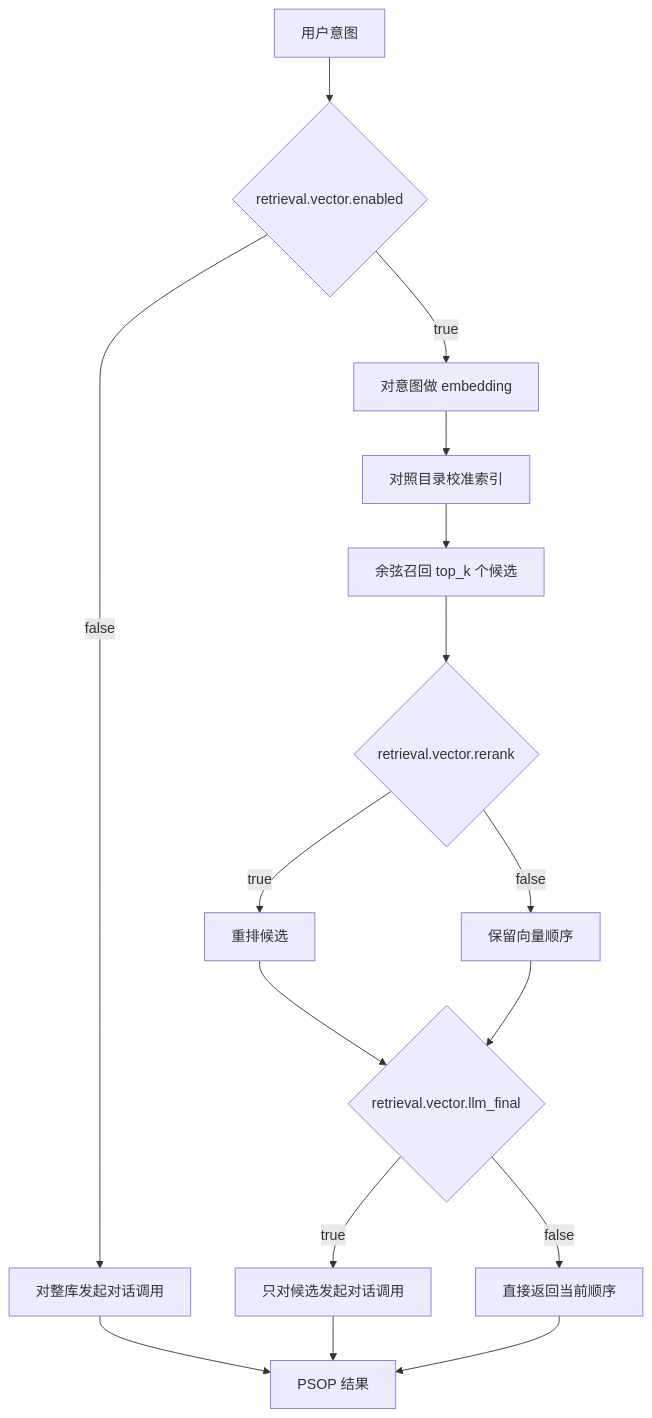
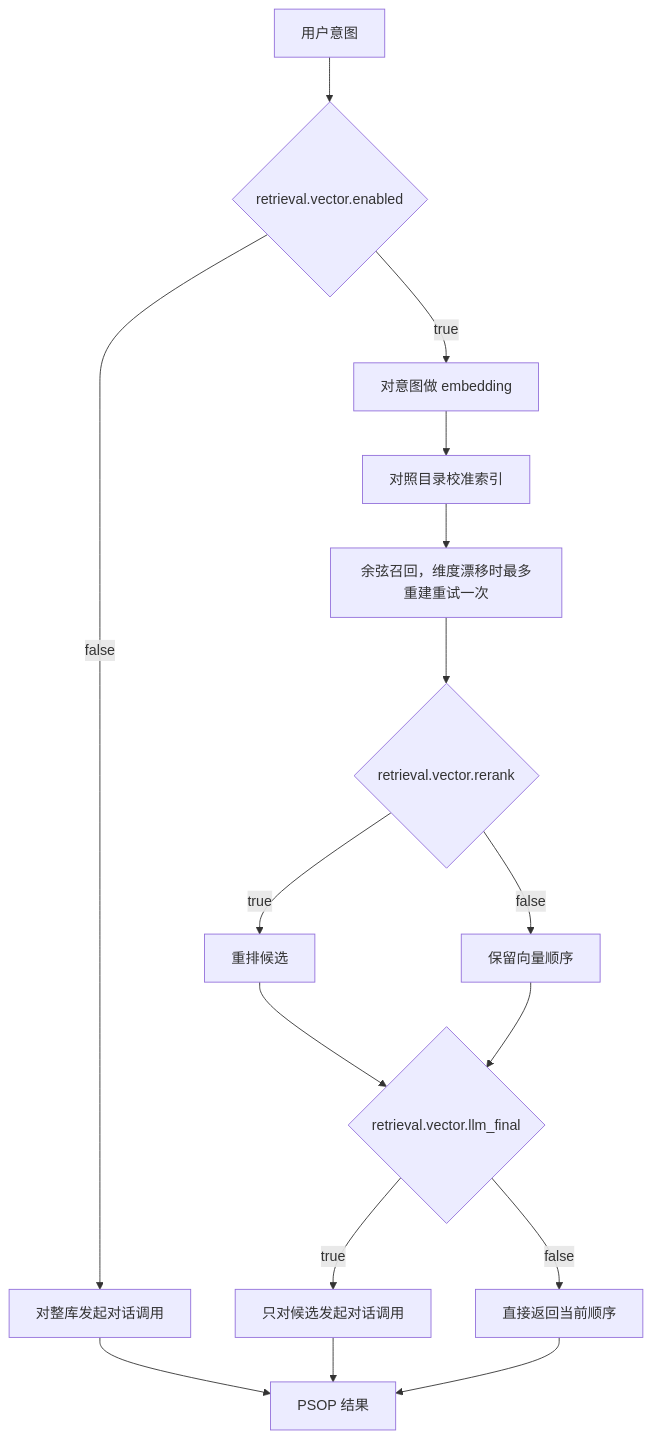
Before and after one commit to Wangyanlin1996/orchestration-center: the diagram in docs/zh/PSOP检索.md, drawn with Mermaid. The commit also changed other lines of this file and 9 other files, not shown here.

````diff
--- a/docs/zh/PSOP检索.md
+++ b/docs/zh/PSOP检索.md
@@ -11,18 +11,18 @@
 ```mermaid
 flowchart TD
     A[用户意图] --> B{retrieval.vector.enabled}
     B -- false --> C[对整库发起对话调用]
     B -- true --> D[对意图做 embedding]
     D --> E[对照目录校准索引]
-    E --> F[余弦召回 top_k 个候选]
+    E --> F[余弦召回，维度漂移时最多重建重试一次]
     F --> G{retrieval.vector.rerank}
     G -- true --> H[重排候选]
     G -- false --> I[保留向量顺序]
     H --> J{retrieval.vector.llm_final}
     I --> J
     J -- true --> K[只对候选发起对话调用]
     J -- false --> L[直接返回当前顺序]
     C --> M[PSOP 结果]
     K --> M
     L --> M
 ```
````
